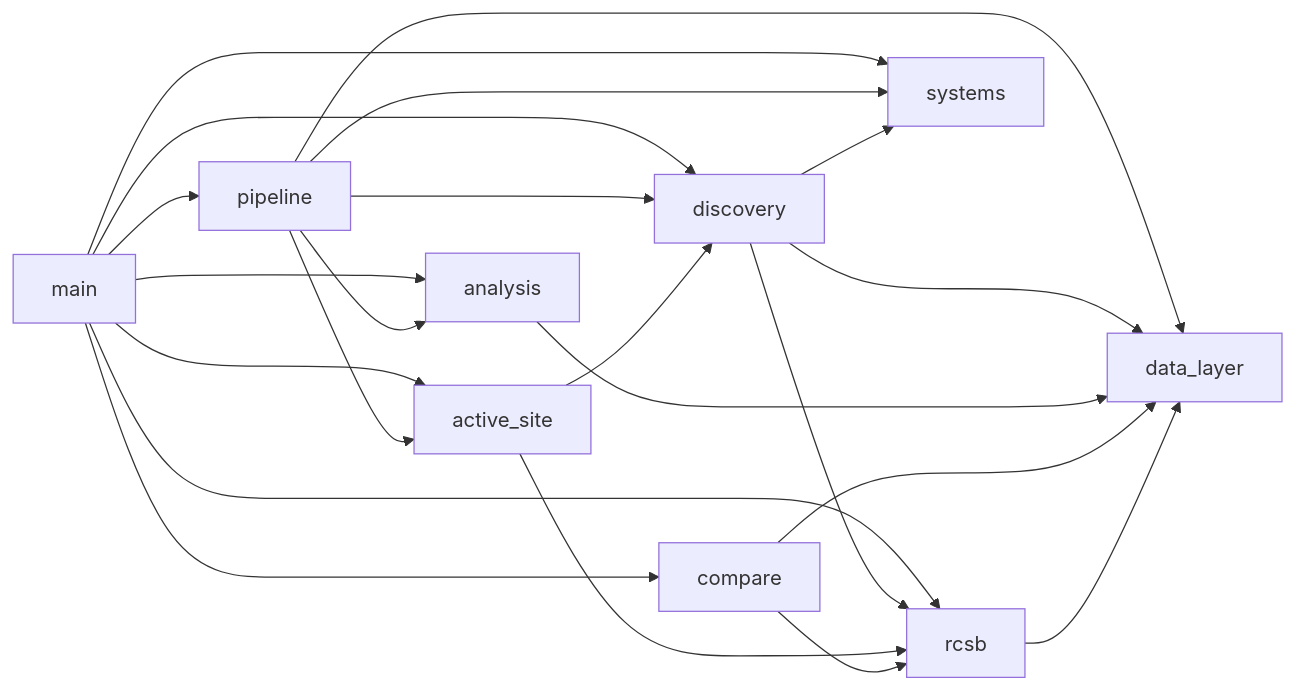
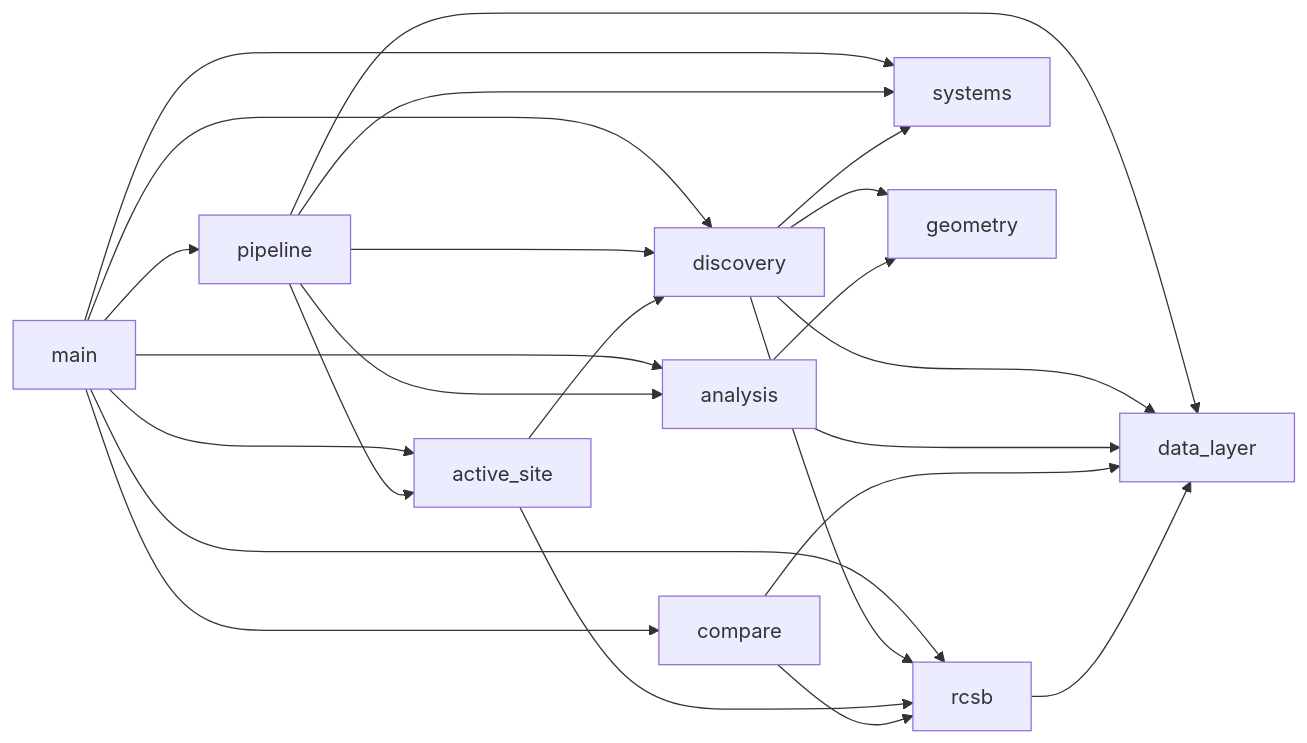
One commit to Oussema-t/Quantum_allosteric-scanner changed the second of 4 diagrams in ARCHITECTURE.md. Above: the diagram before and after it, drawn with Mermaid. The commit also changed other lines of this file and 4 other files, not shown here.

First line of the commit message:
TASK-0194: catch up ARCHITECTURE.md's change log and module map

````diff
--- a/ARCHITECTURE.md
+++ b/ARCHITECTURE.md
@@ -55,10 +55,10 @@
 ```mermaid
 flowchart LR
   main --> pipeline & compare & analysis & active_site & discovery & rcsb & systems
   pipeline --> data_layer & systems & active_site & analysis & discovery
-  discovery --> rcsb & data_layer & systems
+  discovery --> rcsb & data_layer & systems & geometry
   active_site --> rcsb & discovery
-  analysis --> data_layer
+  analysis --> data_layer & geometry
   compare --> data_layer & rcsb
   rcsb --> data_layer
 ```
````
